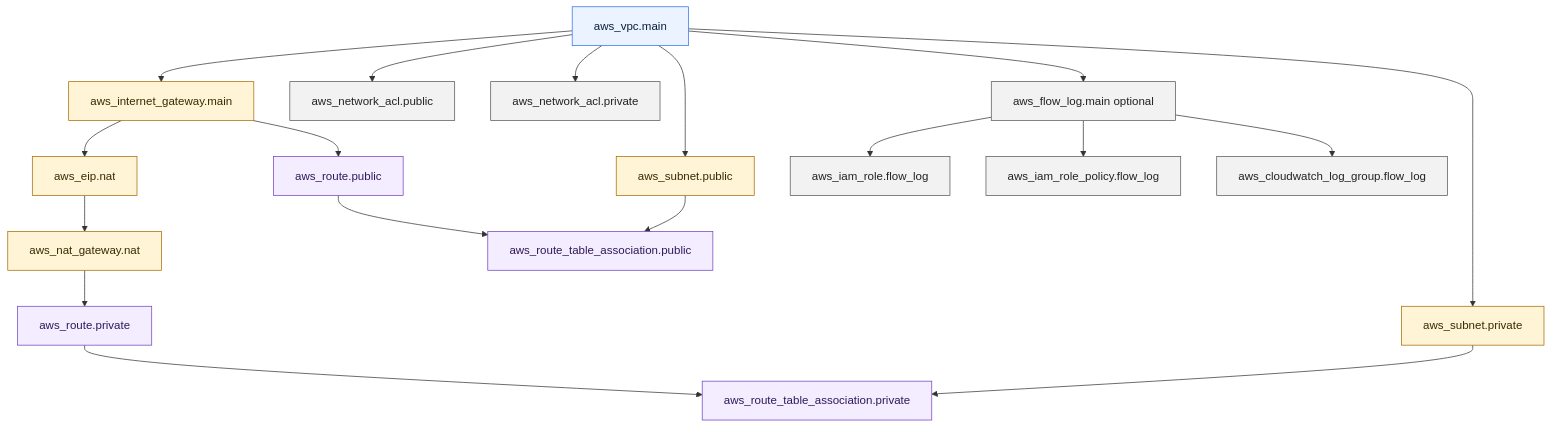
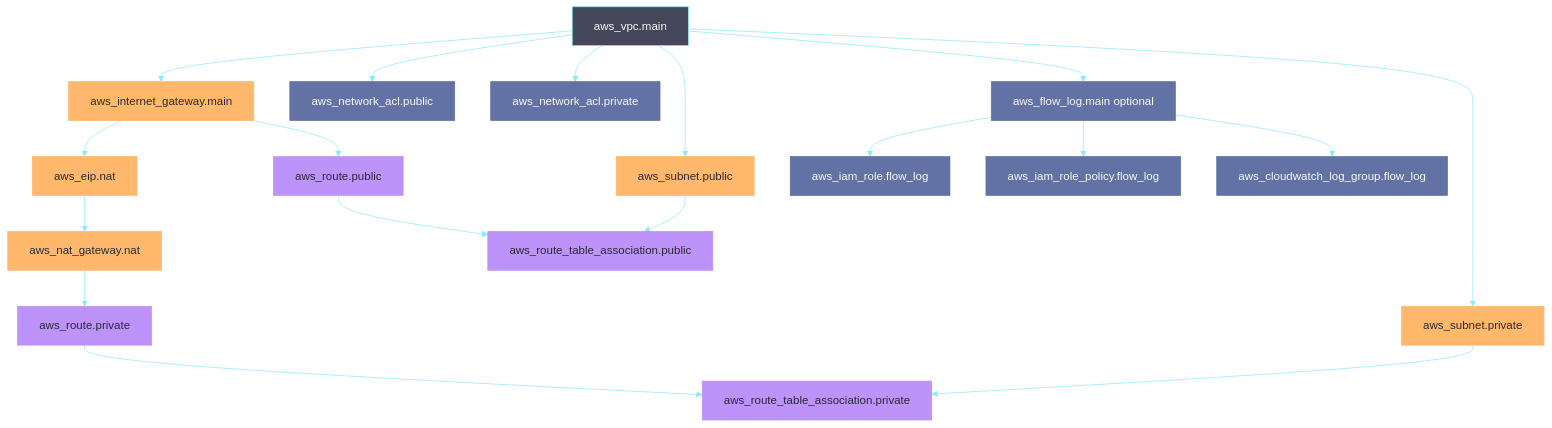
The fifth of 5 diagrams in infra/modules/vpc/vpc.md (selvakumarperumal/EKS_container_DNS_communication_with_FastAPI), drawn with Mermaid before and after one commit. The commit also changed other lines of this file, not shown here.

````diff
--- a/infra/modules/vpc/vpc.md
+++ b/infra/modules/vpc/vpc.md
@@ -729,55 +746,56 @@
 ```mermaid
+%%{init: {'theme':'base','themeVariables':{'background':'#282A36','primaryColor':'#44475A','primaryTextColor':'#F8F8F2','primaryBorderColor':'#6272A4','lineColor':'#8BE9FD'}}}%%
 flowchart TB
   vpc[aws_vpc.main]
 
   igw[aws_internet_gateway.main]
   eip[aws_eip.nat]
   natgw[aws_nat_gateway.nat]
   proute[aws_route.private]
   prta[aws_route_table_association.private]
   pubroute[aws_route.public]
   pubrta[aws_route_table_association.public]
 
   pubsub[aws_subnet.public]
   privsub[aws_subnet.private]
   naclpub[aws_network_acl.public]
   naclpriv[aws_network_acl.private]
 
   flow[aws_flow_log.main optional]
   role[aws_iam_role.flow_log]
   rolepol[aws_iam_role_policy.flow_log]
   loggrp[aws_cloudwatch_log_group.flow_log]
 
   vpc --> igw
   igw --> eip
   eip --> natgw
   natgw --> proute
   proute --> prta
 
   igw --> pubroute
   pubroute --> pubrta
 
   vpc --> pubsub
   pubsub --> pubrta
 
   vpc --> privsub
   privsub --> prta
 
   vpc --> naclpub
   vpc --> naclpriv
 
   vpc --> flow
   flow --> role
   flow --> rolepol
   flow --> loggrp
 
-  classDef core fill:#eaf3ff,stroke:#2f6feb,color:#0b1f3b;
-  classDef net fill:#fff4d6,stroke:#a66a00,color:#3a2a00;
-  classDef route fill:#f4ecff,stroke:#6f42c1,color:#2f1a5a;
-  classDef sec fill:#f2f2f2,stroke:#555,color:#222;
+  classDef core fill:#44475A,stroke:#8BE9FD,color:#F8F8F2;
+  classDef net fill:#FFB86C,stroke:#FFB86C,color:#282A36;
+  classDef route fill:#BD93F9,stroke:#BD93F9,color:#282A36;
+  classDef sec fill:#6272A4,stroke:#6272A4,color:#F8F8F2;
 
   class vpc core;
   class igw,eip,natgw,pubsub,privsub net;
   class proute,prta,pubroute,pubrta route;
   class naclpub,naclpriv,flow,role,rolepol,loggrp sec;
 ```
````
